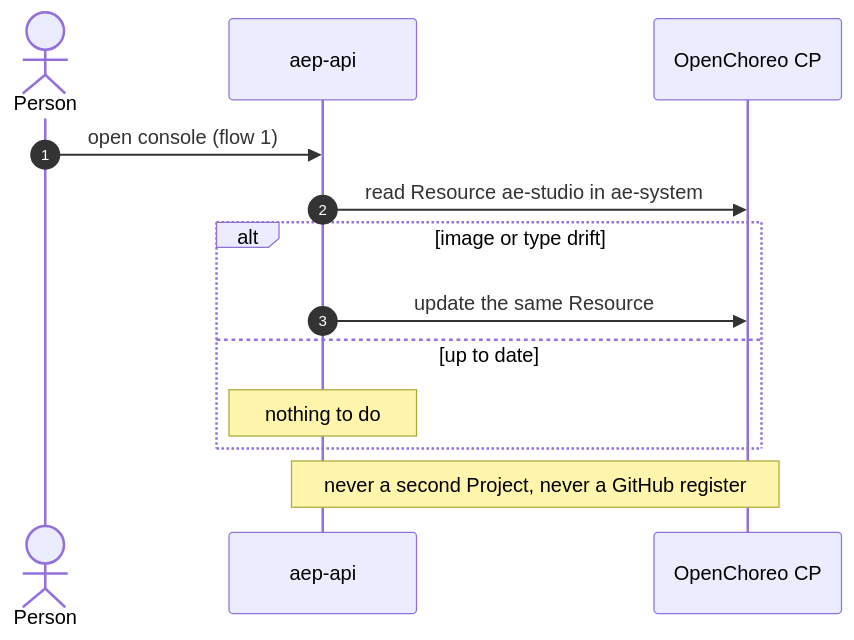
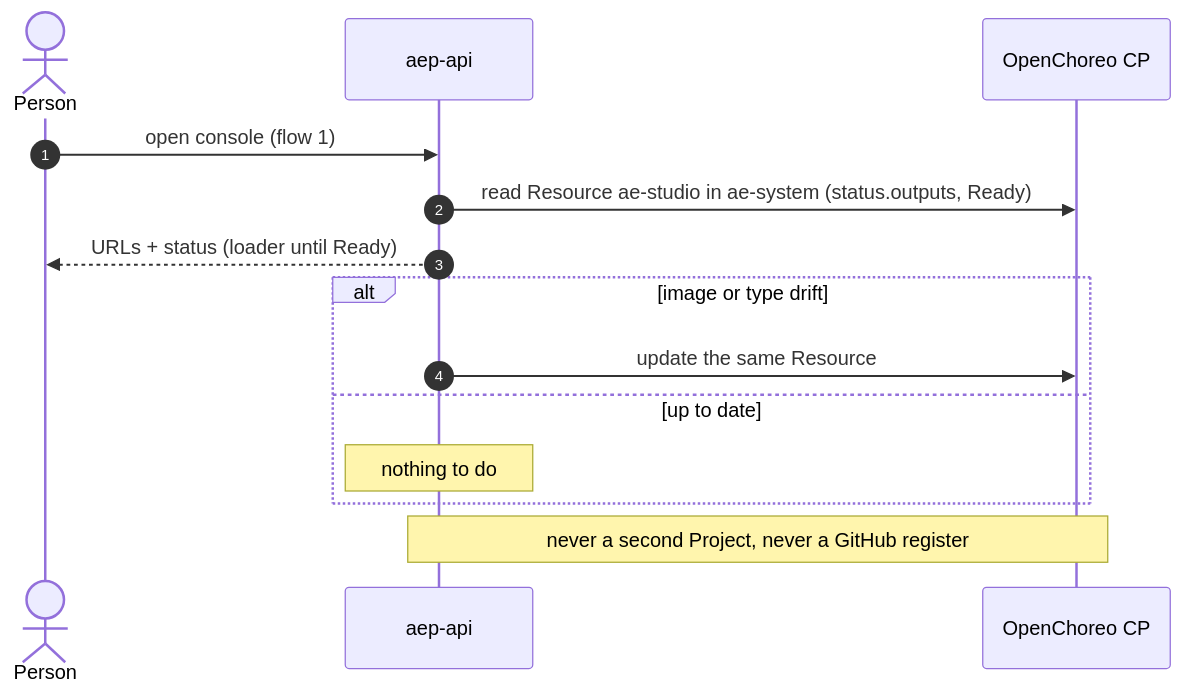
The second of 3 diagrams in threat-modeling-2/spec/05-lifecycle.md (wso2/labs-agentic-engineer), drawn with Mermaid before and after one commit. The commit also changed other lines of this file and 11 other files, not shown here.

````diff
--- a/threat-modeling-2/spec/05-lifecycle.md
+++ b/threat-modeling-2/spec/05-lifecycle.md
@@ -77,15 +90,16 @@
 ```mermaid
 sequenceDiagram
   autonumber
   actor U as Person
   participant API as aep-api
   participant OC as OpenChoreo CP
   U->>API: open console (flow 1)
-  API->>OC: read Resource ae-studio in ae-system
+  API->>OC: read Resource ae-studio in ae-system (status.outputs, Ready)
+  API-->>U: URLs + status (loader until Ready)
   alt image or type drift
     API->>OC: update the same Resource
   else up to date
     Note over API: nothing to do
   end
   Note over API,OC: never a second Project, never a GitHub register
 ```
````
